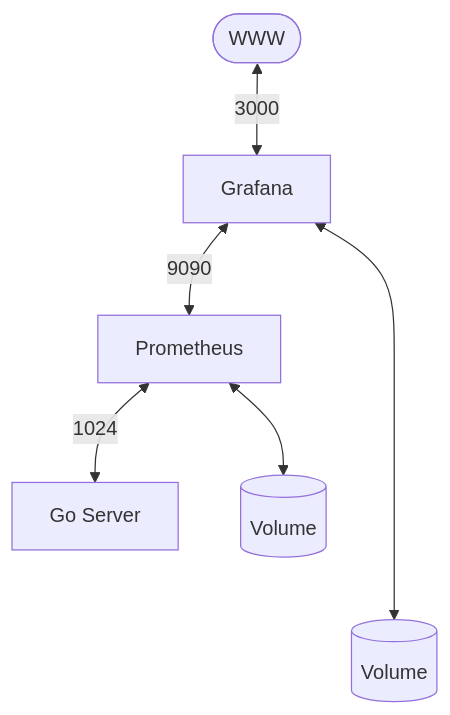
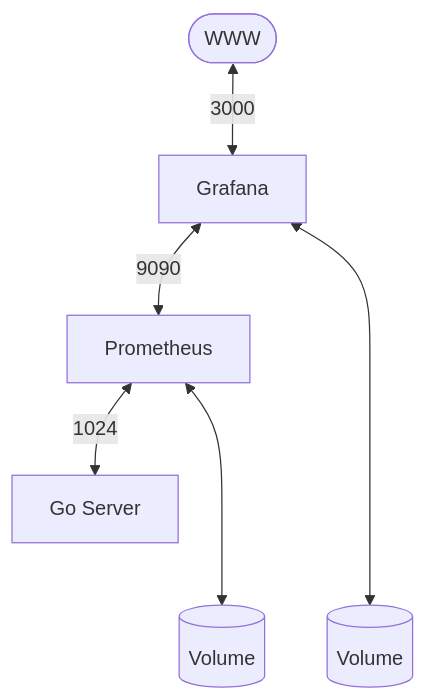
One commit to s-gas/hauslab changed the diagram in sysmetrics/README.md. Above: the diagram before and after it, drawn with Mermaid.

Commit message:
Align volumes

````diff
--- a/sysmetrics/README.md
+++ b/sysmetrics/README.md
@@ -11,16 +11,16 @@
 ```mermaid
 flowchart TB
     A([WWW])
     B[Grafana]
     C[Prometheus]
     D[Go Server]
     E[(Volume)]
     F[(Volume)]
 
     A <-->|3000| B
     B <-->|9090| C
     C <-->|1024| D
 
     B <----> E
-    C <--> F
+    C <---> F
 ```
````
